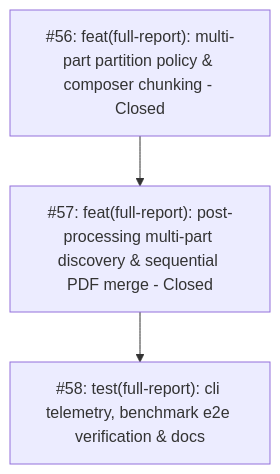
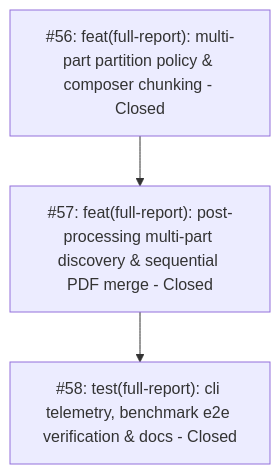
The diagram in .wayfinder/vcb-multipart-full-report/map.md (adamlarGit/pahang-cli), drawn with Mermaid before and after one commit. The commit also changed other lines of this file and 1 other file, not shown here.

Commit message:
docs(wayfinder): close ticket 058 in map and ticket files

````diff
--- a/.wayfinder/vcb-multipart-full-report/map.md
+++ b/.wayfinder/vcb-multipart-full-report/map.md
@@ -35,9 +35,9 @@
 ```mermaid
 graph TD
     T56["#56: feat(full-report): multi-part partition policy & composer chunking - Closed"]
     T57["#57: feat(full-report): post-processing multi-part discovery & sequential PDF merge - Closed"]
-    T58["#58: test(full-report): cli telemetry, benchmark e2e verification & docs"]
+    T58["#58: test(full-report): cli telemetry, benchmark e2e verification & docs - Closed"]
 
     T56 --> T57
     T57 --> T58
 ```
````
